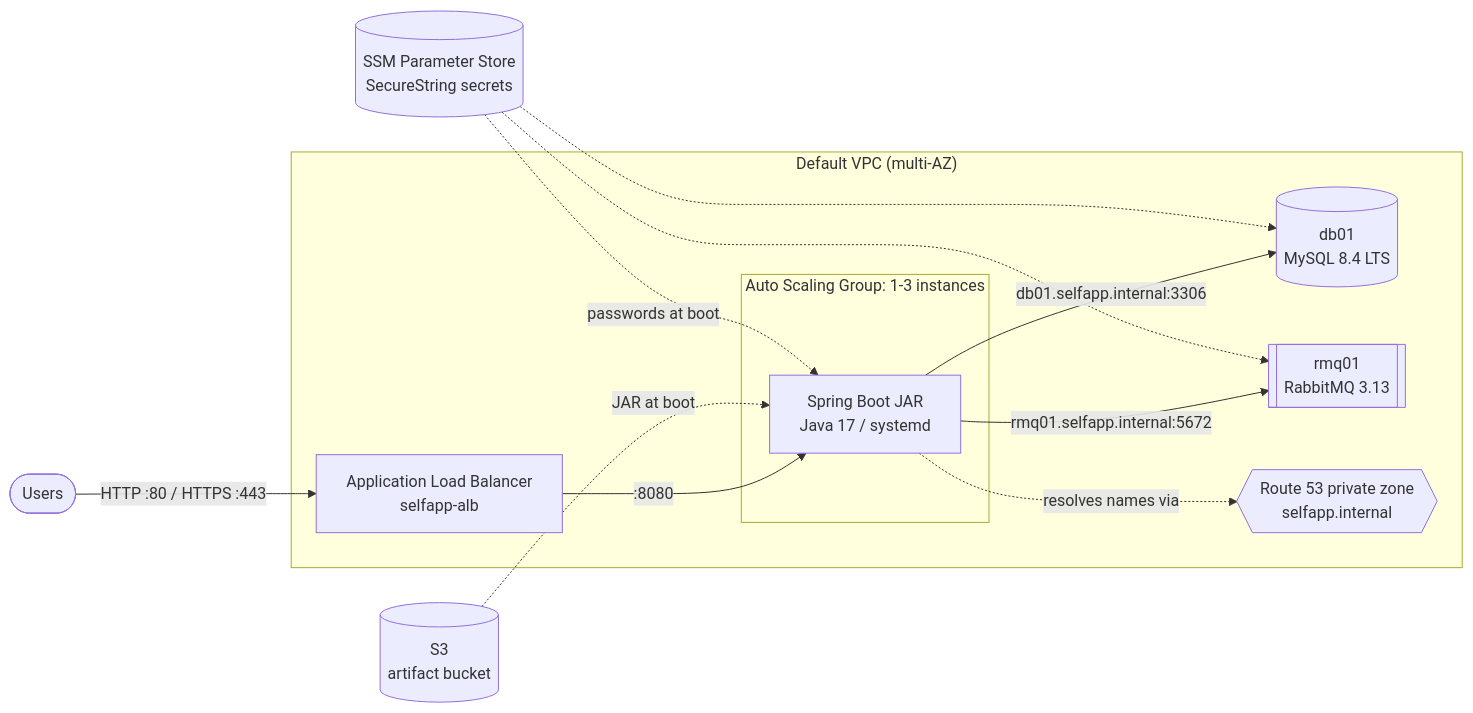
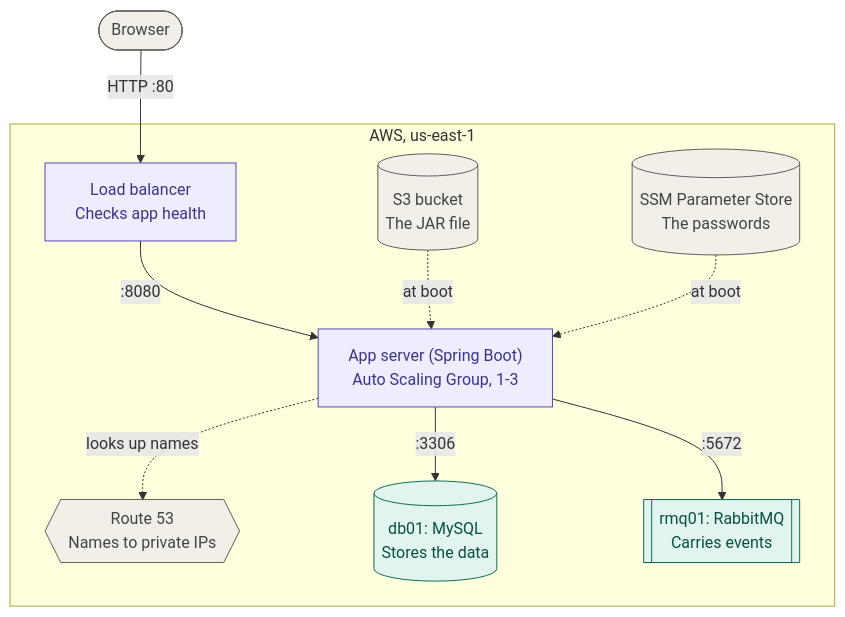
Before and after one commit to alexiglesias/aws-lift-and-shift: the diagram in README.md, drawn with Mermaid.

Commit message:
Improved Architecture Chart

````diff
--- a/README.md
+++ b/README.md
@@ -39,19 +39,29 @@
 ```mermaid
-flowchart LR
-    user(["Users"]) -->|"HTTP :80 / HTTPS :443"| alb["Application Load Balancer<br/>selfapp-alb"]
+flowchart TB
+    browser(["Browser"])
 
-    subgraph vpc["Default VPC (multi-AZ)"]
-        alb -->|":8080"| app
-        subgraph asg["Auto Scaling Group: 1-3 instances"]
-            app["Spring Boot JAR<br/>Java 17 / systemd"]
-        end
-        app -->|"db01.selfapp.internal:3306"| db[("db01<br/>MySQL 8.4 LTS")]
-        app -->|"rmq01.selfapp.internal:5672"| mq[["rmq01<br/>RabbitMQ 3.13"]]
-        app -.->|"resolves names via"| dns{{"Route 53 private zone<br/>selfapp.internal"}}
+    subgraph aws["AWS, us-east-1"]
+        alb["Load balancer<br/>Checks app health"]
+        app["App server (Spring Boot)<br/>Auto Scaling Group, 1-3"]
+        s3[("S3 bucket<br/>The JAR file")]
+        ssm[("SSM Parameter Store<br/>The passwords")]
+        dns{{"Route 53<br/>Names to private IPs"}}
+        db[("db01: MySQL<br/>Stores the data")]
+        mq[["rmq01: RabbitMQ<br/>Carries events"]]
     end
 
-    s3[("S3<br/>artifact bucket")] -.->|"JAR at boot"| app
-    ssm[("SSM Parameter Store<br/>SecureString secrets")] -.->|"passwords at boot"| app
-    ssm -.-> db
-    ssm -.-> mq
+    browser -->|"HTTP :80"| alb
+    alb -->|":8080"| app
+    s3 -.->|"at boot"| app
+    ssm -.->|"at boot"| app
+    app -.->|"looks up names"| dns
+    app -->|":3306"| db
+    app -->|":5672"| mq
+
+    classDef traffic fill:#EEEDFE,stroke:#534AB7,color:#3C3489
+    classDef backend fill:#E1F5EE,stroke:#0F6E56,color:#085041
+    classDef support fill:#F1EFE8,stroke:#5F5E5A,color:#444441
+    class alb,app traffic
+    class db,mq backend
+    class browser,s3,ssm,dns support
 ```
````
